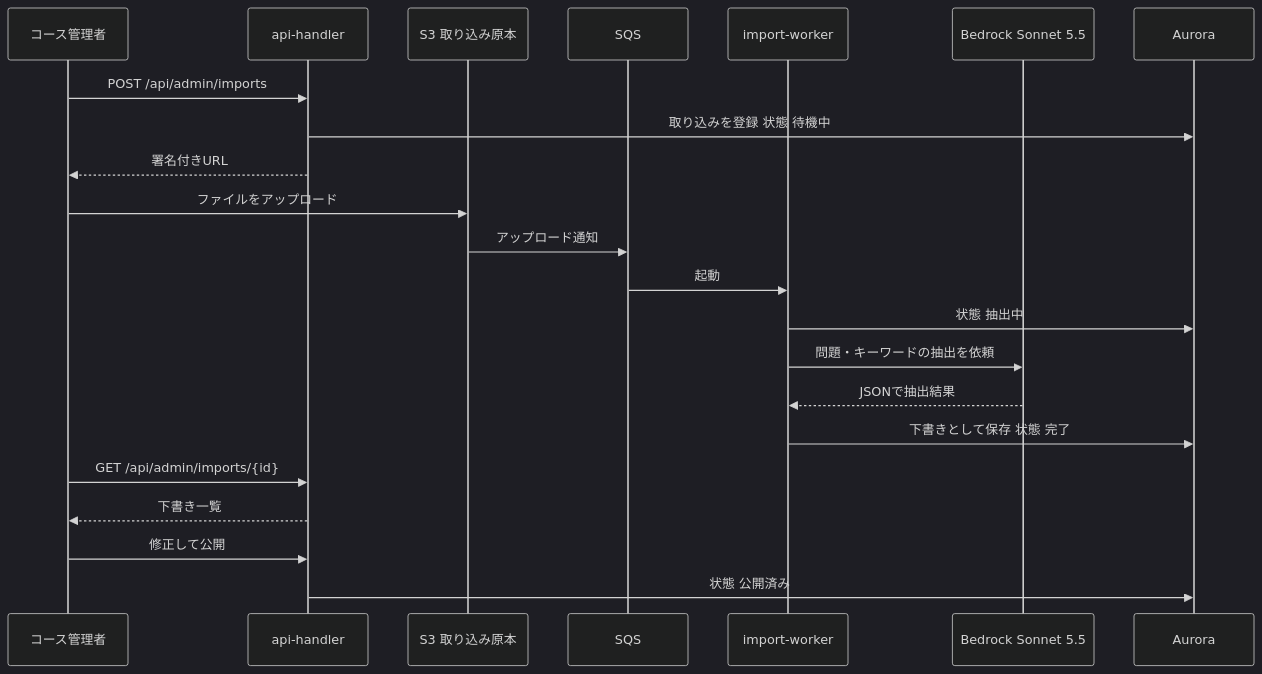
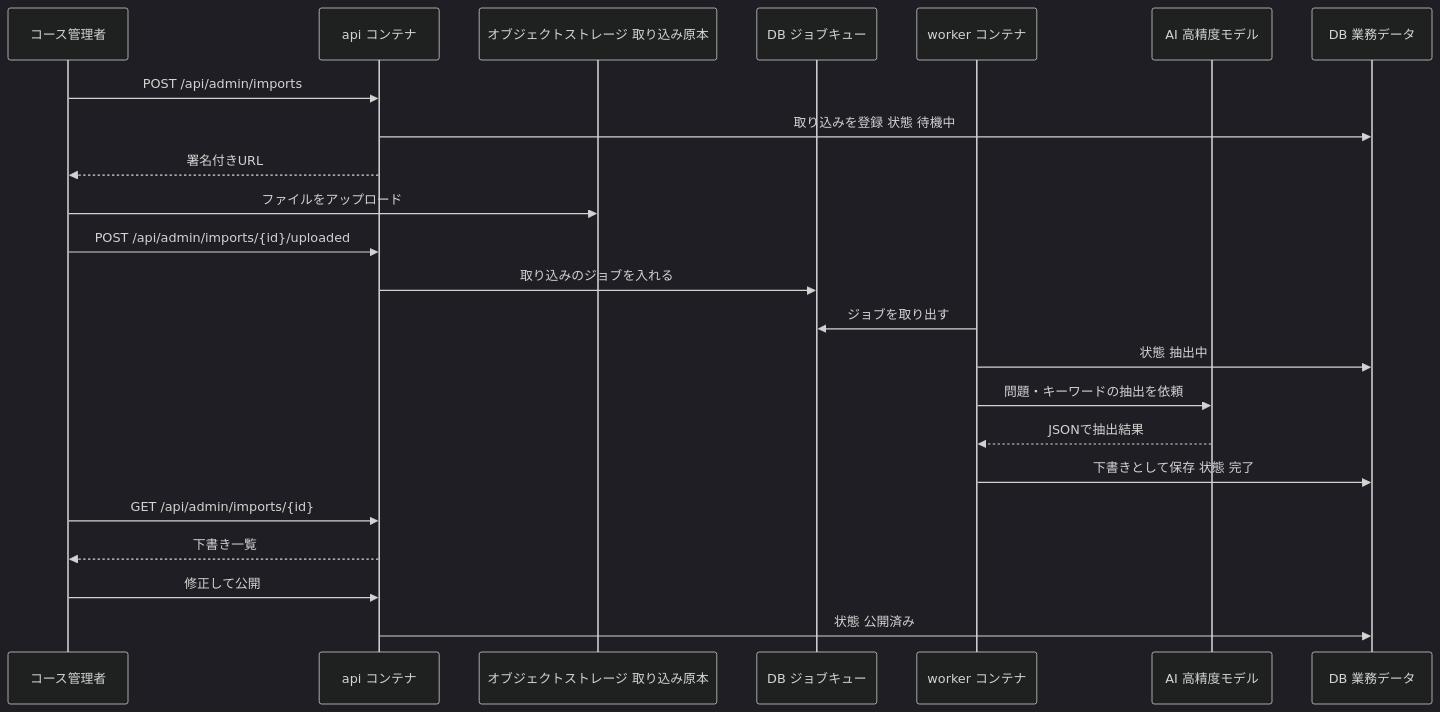
One commit to pocarialice/rpglearning changed the tenth of 13 diagrams in documents/外部設計書_RPG学習アプリ.md. Above: the diagram before and after it, drawn with Mermaid (dark theme). The commit also changed other lines of this file and 1 other file, not shown here.

````diff
--- a/documents/外部設計書_RPG学習アプリ.md
+++ b/documents/外部設計書_RPG学習アプリ.md
@@ -801,24 +768,25 @@
 ```mermaid
 sequenceDiagram
   participant CM as コース管理者
-  participant API as api-handler
-  participant S3 as S3 取り込み原本
-  participant Q as SQS
-  participant W as import-worker
-  participant BR as Bedrock Sonnet 5.5
-  participant DB as Aurora
+  participant API as api コンテナ
+  participant OBJ as オブジェクトストレージ 取り込み原本
+  participant Q as DB ジョブキュー
+  participant W as worker コンテナ
+  participant AI as AI 高精度モデル
+  participant DB as DB 業務データ
   CM->>API: POST /api/admin/imports
   API->>DB: 取り込みを登録 状態 待機中
   API-->>CM: 署名付きURL
-  CM->>S3: ファイルをアップロード
-  S3->>Q: アップロード通知
-  Q->>W: 起動
+  CM->>OBJ: ファイルをアップロード
+  CM->>API: POST /api/admin/imports/{id}/uploaded
+  API->>Q: 取り込みのジョブを入れる
+  W->>Q: ジョブを取り出す
   W->>DB: 状態 抽出中
-  W->>BR: 問題・キーワードの抽出を依頼
-  BR-->>W: JSONで抽出結果
+  W->>AI: 問題・キーワードの抽出を依頼
+  AI-->>W: JSONで抽出結果
   W->>DB: 下書きとして保存 状態 完了
   CM->>API: GET /api/admin/imports/{id}
   API-->>CM: 下書き一覧
   CM->>API: 修正して公開
   API->>DB: 状態 公開済み
 ```
````
